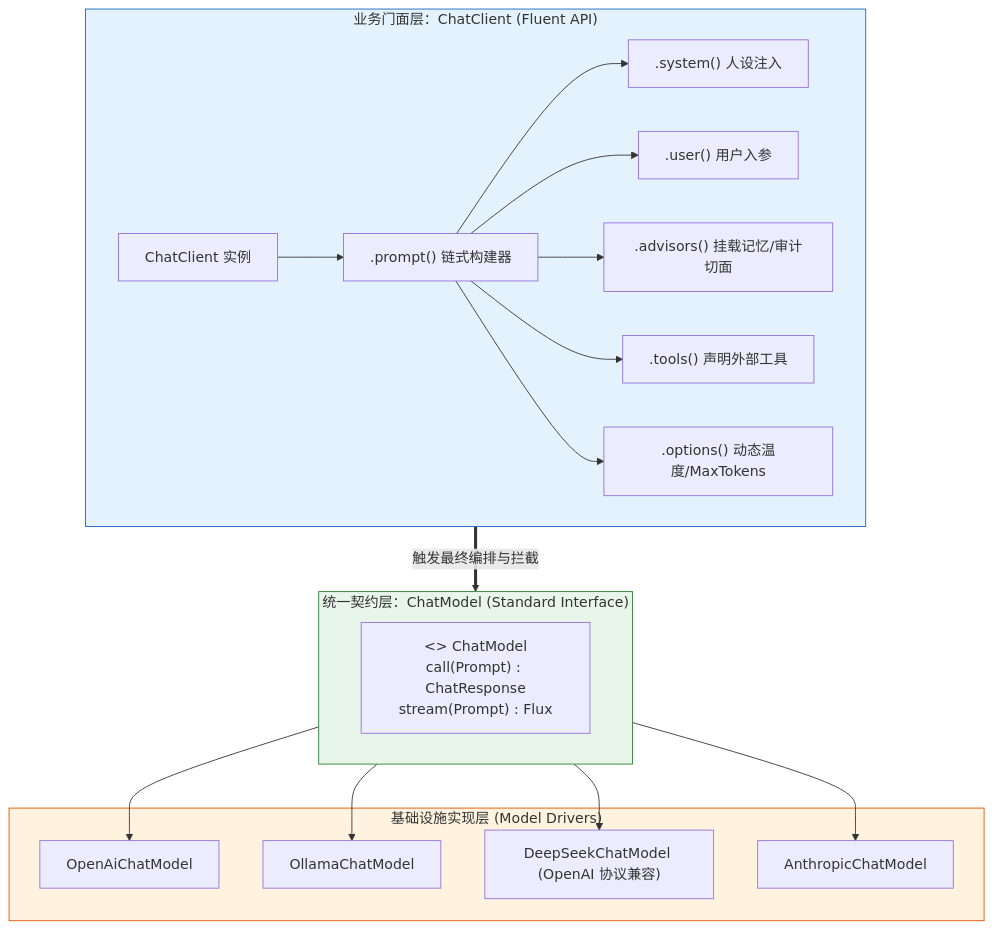
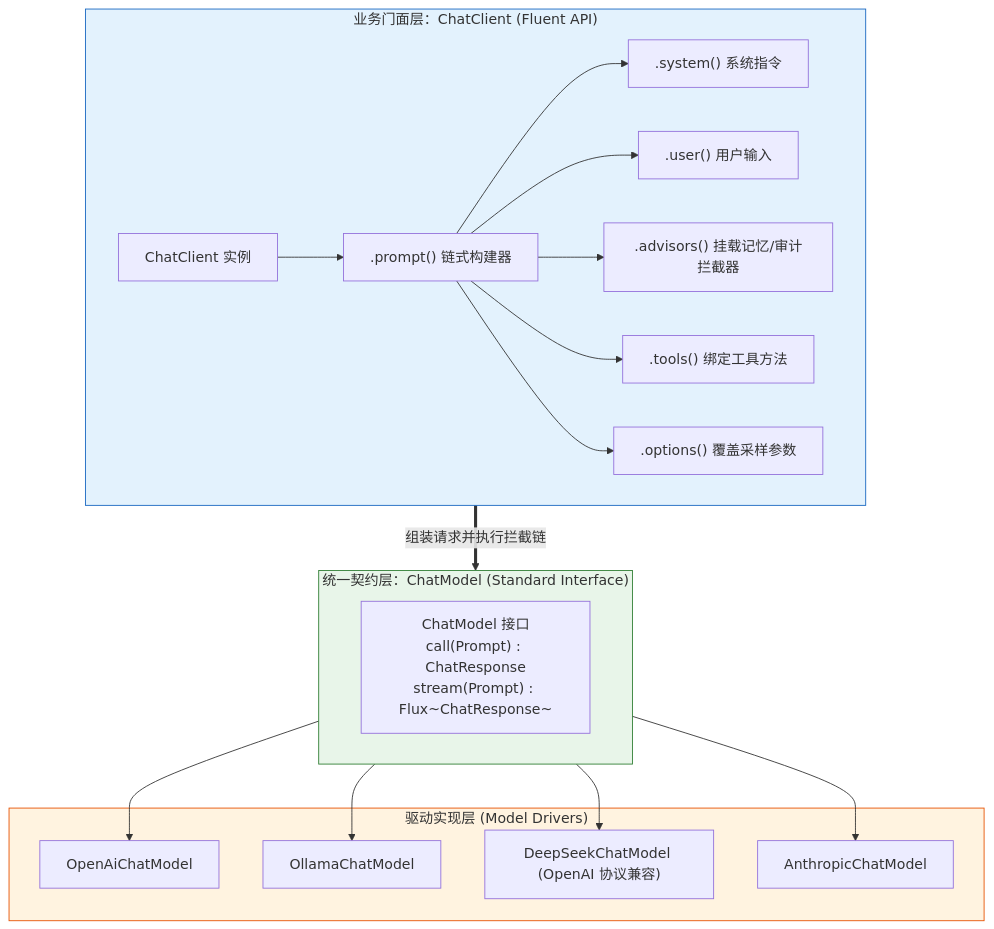
One commit to GuoWWWX/knowledge-base changed the first of 3 diagrams in 10-AI应用开发/02-框架-SpringAI与LangChain4j/SpringAI/02-ChatClient与ChatModel.md. Above: the diagram before and after it, drawn with Mermaid. The commit also changed other lines of this file and 251 other files, not shown here.

````diff
--- a/10-AI应用开发/02-框架-SpringAI与LangChain4j/SpringAI/02-ChatClient与ChatModel.md
+++ b/10-AI应用开发/02-框架-SpringAI与LangChain4j/SpringAI/02-ChatClient与ChatModel.md
@@ -39,33 +23,33 @@
 ```mermaid
 graph TD
     subgraph ClientLayer["业务门面层：ChatClient (Fluent API)"]
         CC["ChatClient 实例"]
         CC --> Prompter[".prompt() 链式构建器"]
-        Prompter --> Sys[".system() 人设注入"]
-        Prompter --> Usr[".user() 用户入参"]
-        Prompter --> Adv[".advisors() 挂载记忆/审计切面"]
-        Prompter --> Tools[".tools() 声明外部工具"]
-        Prompter --> Opt[".options() 动态温度/MaxTokens"]
+        Prompter --> Sys[".system() 系统指令"]
+        Prompter --> Usr[".user() 用户输入"]
+        Prompter --> Adv[".advisors() 挂载记忆/审计拦截器"]
+        Prompter --> Tools[".tools() 绑定工具方法"]
+        Prompter --> Opt[".options() 覆盖采样参数"]
     end
 
     subgraph ModelLayer["统一契约层：ChatModel (Standard Interface)"]
-        CM["<<interface>> ChatModel<br/>call(Prompt) : ChatResponse<br/>stream(Prompt) : Flux<ChatResponse>"]
+        CM["ChatModel 接口<br/>call(Prompt) : ChatResponse<br/>stream(Prompt) : Flux~ChatResponse~"]
     end
 
-    subgraph DriverLayer["基础设施实现层 (Model Drivers)"]
+    subgraph DriverLayer["驱动实现层 (Model Drivers)"]
         OpenAI["OpenAiChatModel"]
         Ollama["OllamaChatModel"]
         DeepSeek["DeepSeekChatModel (OpenAI 协议兼容)"]
         Claude["AnthropicChatModel"]
     end
 
-    ClientLayer ==>|"触发最终编排与拦截"| ModelLayer
+    ClientLayer ==>|"组装请求并执行拦截链"| ModelLayer
     ModelLayer --> OpenAI
     ModelLayer --> Ollama
     ModelLayer --> DeepSeek
     ModelLayer --> Claude
 
     style ClientLayer fill:#e3f2fd,stroke:#1565c0,stroke-width:1px
     style ModelLayer fill:#e8f5e9,stroke:#2e7d32,stroke-width:1px
     style DriverLayer fill:#fff3e0,stroke:#e65100,stroke-width:1px
 ```
````
